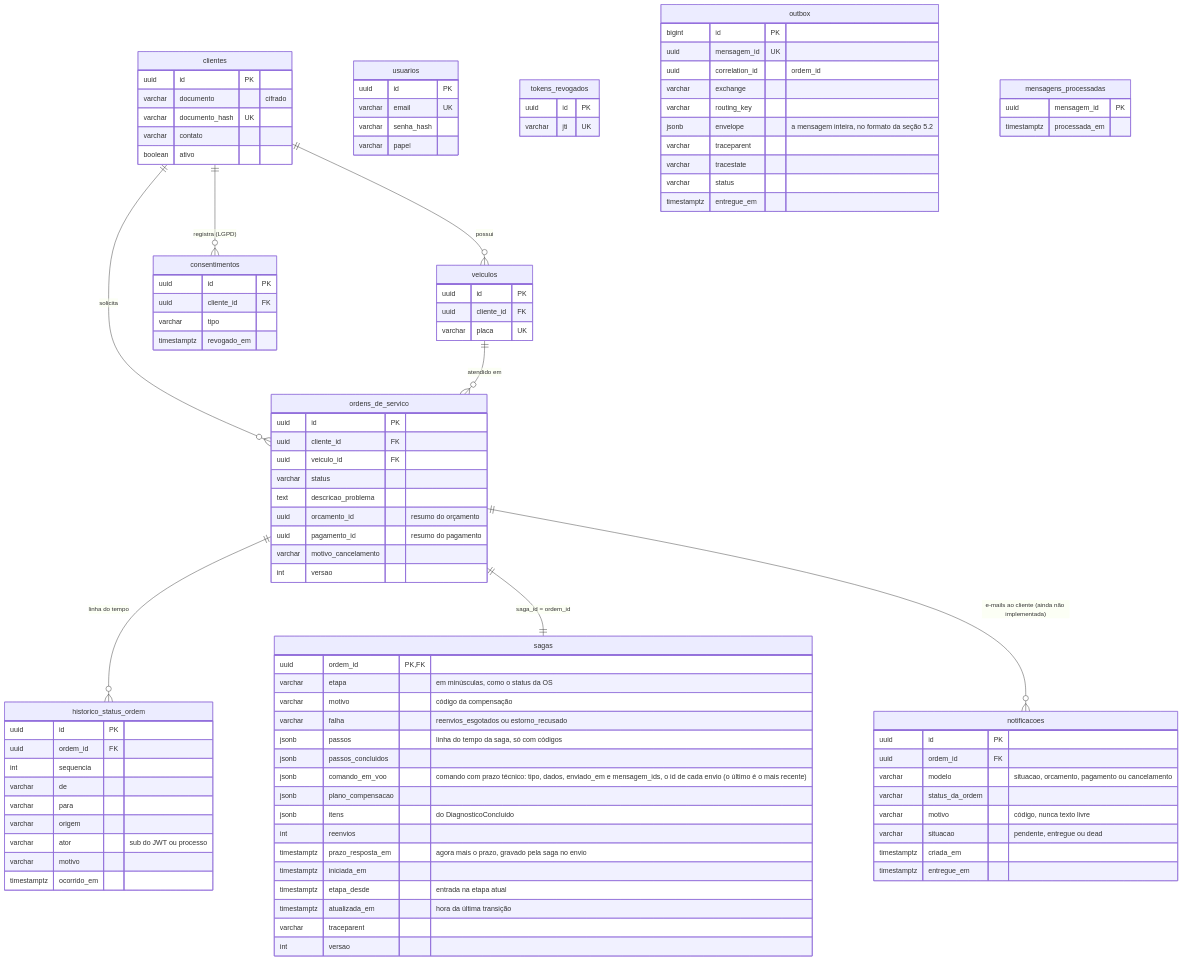
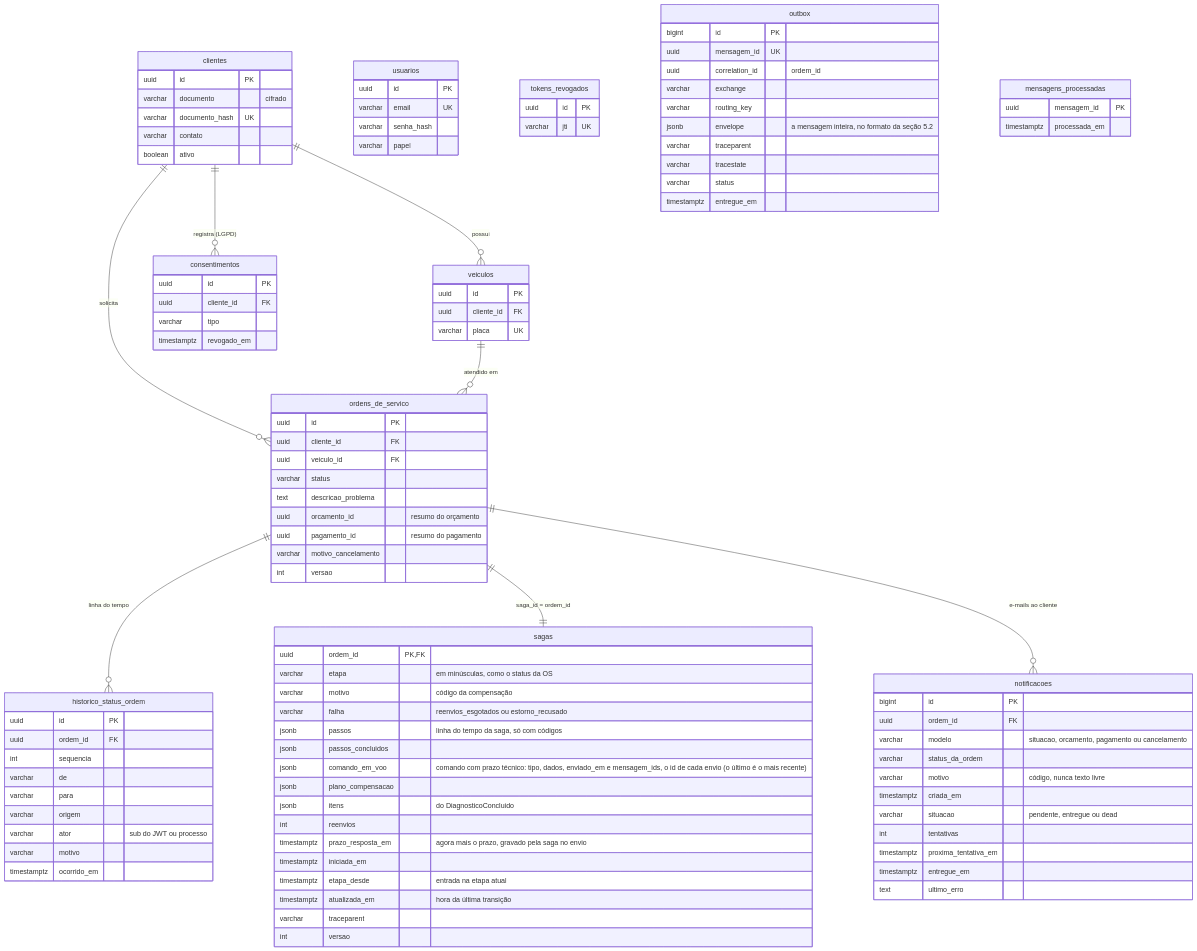
Before and after one commit to fiap-postech-sw-architecture/postech-sw-arch-p4-platform: the tenth of 13 diagrams in docs/arquitetura/rfc/fase4/rfc-004-microsservicos-saga.md, drawn with Mermaid. The commit also changed other lines of this file and 1 other file, not shown here.

Commit message:
docs: e-mail do OS já está na main e o shovel do redrive é explicado
A tabela notificacoes (migração 004) e o processo notificador entram na main do OS Service: o ER da RFC-004 ganha as colunas tentativas, proxima_tentativa_em e ultimo_erro e id bigint, e o ADR-036 e a RFC deixam de dizer 'decidido e ainda não implementado'. No ADR-036, o redrive explica o shovel em meia frase e perde o histórico do usuário admin e a 'coluna de destino' que ninguém usa.

````diff
--- a/docs/arquitetura/rfc/fase4/rfc-004-microsservicos-saga.md
+++ b/docs/arquitetura/rfc/fase4/rfc-004-microsservicos-saga.md
@@ -876,14 +876,17 @@
         timestamptz entregue_em
     }
     notificacoes {
-        uuid id PK
+        bigint id PK
         uuid ordem_id FK
         varchar modelo "situacao, orcamento, pagamento ou cancelamento"
         varchar status_da_ordem
         varchar motivo "código, nunca texto livre"
+        timestamptz criada_em
         varchar situacao "pendente, entregue ou dead"
-        timestamptz criada_em
+        int tentativas
+        timestamptz proxima_tentativa_em
         timestamptz entregue_em
+        text ultimo_erro
     }
     mensagens_processadas {
         uuid mensagem_id PK
@@ -896,5 +899,5 @@
     veiculos ||--o{ ordens_de_servico : "atendido em"
     ordens_de_servico ||--o{ historico_status_ordem : "linha do tempo"
     ordens_de_servico ||--|| sagas : "saga_id = ordem_id"
-    ordens_de_servico ||--o{ notificacoes : "e-mails ao cliente (ainda não implementada)"
+    ordens_de_servico ||--o{ notificacoes : "e-mails ao cliente"
 ```
````
